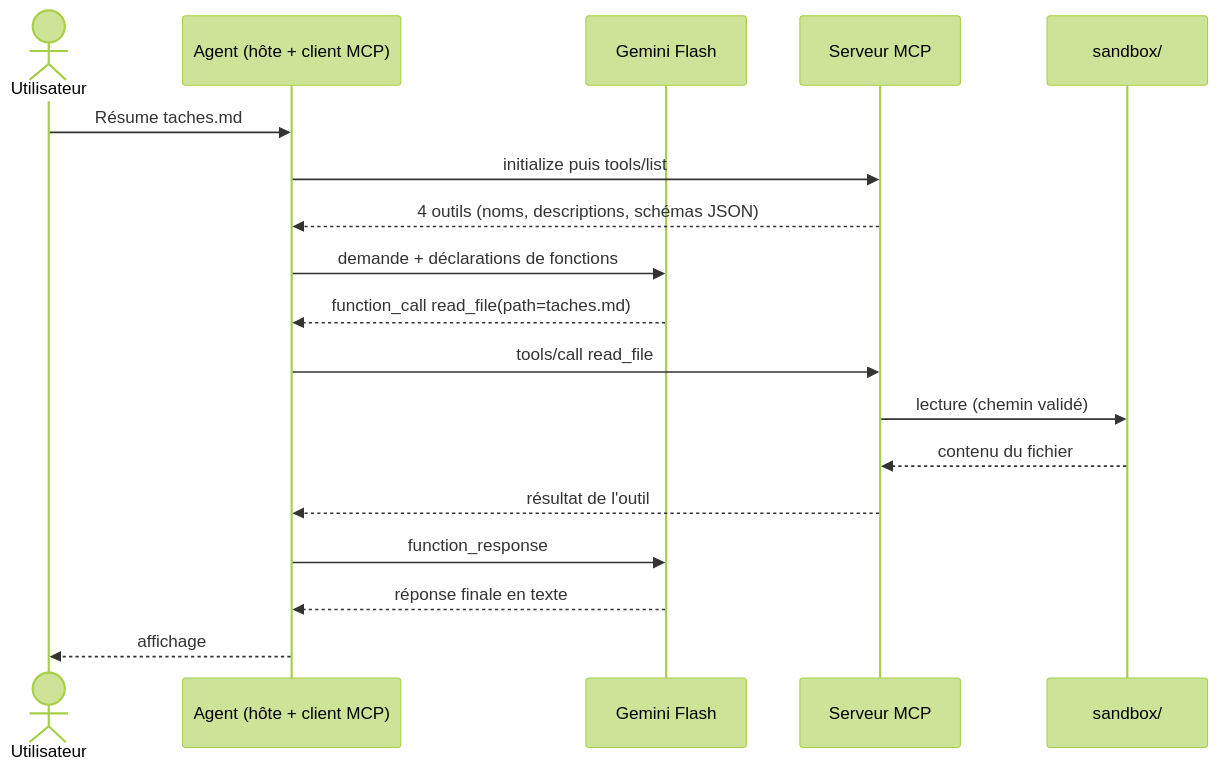
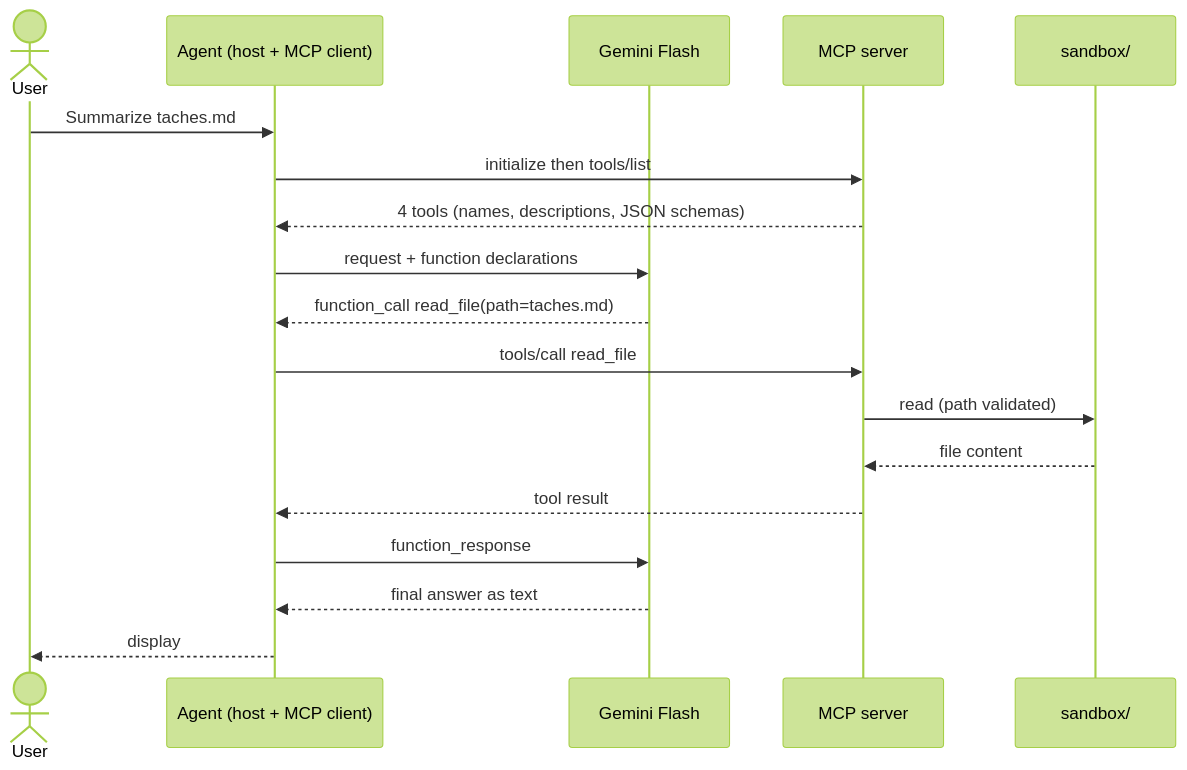
One commit to TatangF/mayerfeld-mcp-demo changed the second of 2 diagrams in README.md. Above: the diagram before and after it, drawn with Mermaid (forest theme). The commit also changed other lines of this file, not shown here.

````diff
--- a/README.md
+++ b/README.md
@@ -50,21 +50,21 @@
 ```mermaid
 sequenceDiagram
-    actor U as Utilisateur
-    participant A as Agent (hôte + client MCP)
+    actor U as User
+    participant A as Agent (host + MCP client)
     participant G as Gemini Flash
-    participant S as Serveur MCP
+    participant S as MCP server
     participant F as sandbox/
 
-    U->>A: Résume taches.md
-    A->>S: initialize puis tools/list
-    S-->>A: 4 outils (noms, descriptions, schémas JSON)
-    A->>G: demande + déclarations de fonctions
+    U->>A: Summarize taches.md
+    A->>S: initialize then tools/list
+    S-->>A: 4 tools (names, descriptions, JSON schemas)
+    A->>G: request + function declarations
     G-->>A: function_call read_file(path=taches.md)
     A->>S: tools/call read_file
-    S->>F: lecture (chemin validé)
-    F-->>S: contenu du fichier
-    S-->>A: résultat de l'outil
+    S->>F: read (path validated)
+    F-->>S: file content
+    S-->>A: tool result
     A->>G: function_response
-    G-->>A: réponse finale en texte
-    A-->>U: affichage
+    G-->>A: final answer as text
+    A-->>U: display
 ```
````
